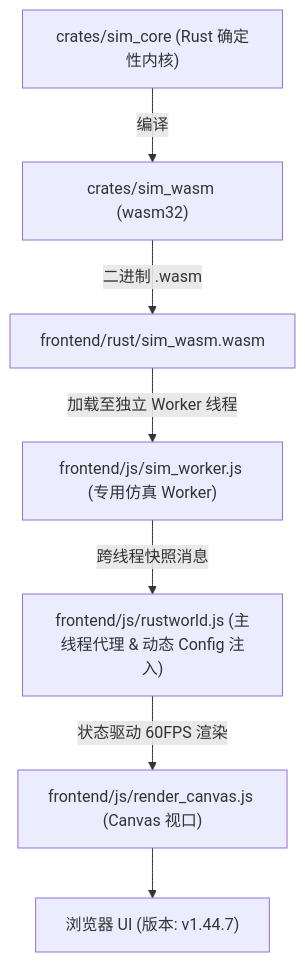
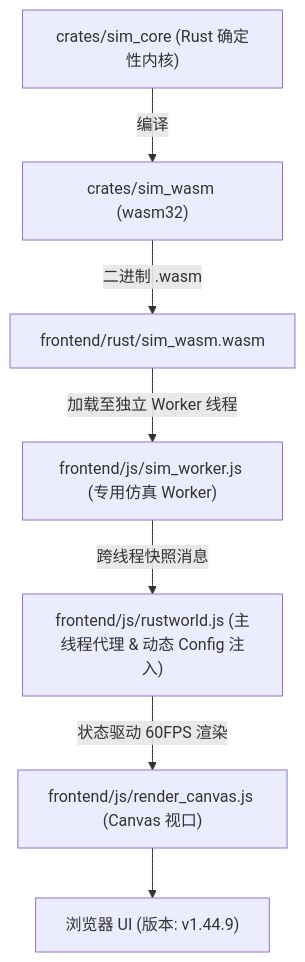
Before and after one commit to g39088902/FlowAndAccord: the diagram in AGENTS.md, drawn with Mermaid. The commit also changed other lines of this file and 29 other files, not shown here.

````diff
--- a/AGENTS.md
+++ b/AGENTS.md
@@ -53,9 +54,9 @@
 ```mermaid
 graph TD
     A["crates/sim_core (Rust 确定性内核)"] -->|编译| B["crates/sim_wasm (wasm32)"]
     B -->|二进制 .wasm| C["frontend/rust/sim_wasm.wasm"]
     C -->|加载至独立 Worker 线程| D["frontend/js/sim_worker.js (专用仿真 Worker)"]
     D -->|跨线程快照消息| E["frontend/js/rustworld.js (主线程代理 & 动态 Config 注入)"]
     E -->|状态驱动 60FPS 渲染| F["frontend/js/render_canvas.js (Canvas 视口)"]
-    F --> G["浏览器 UI (版本: v1.44.7)"]
+    F --> G["浏览器 UI (版本: v1.44.9)"]
 ```
````
